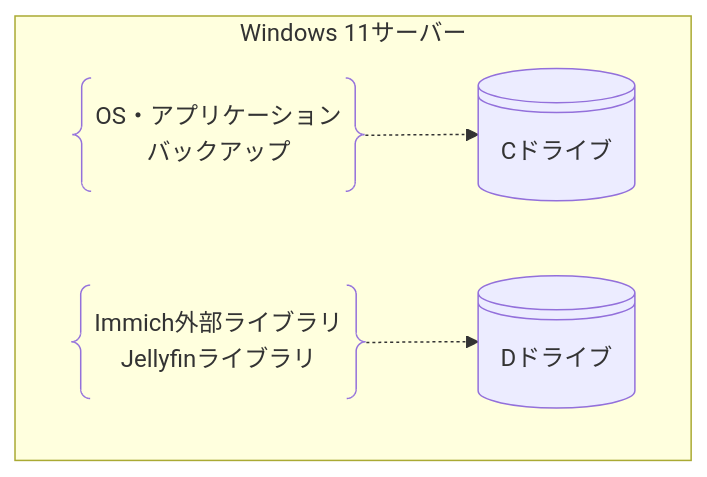
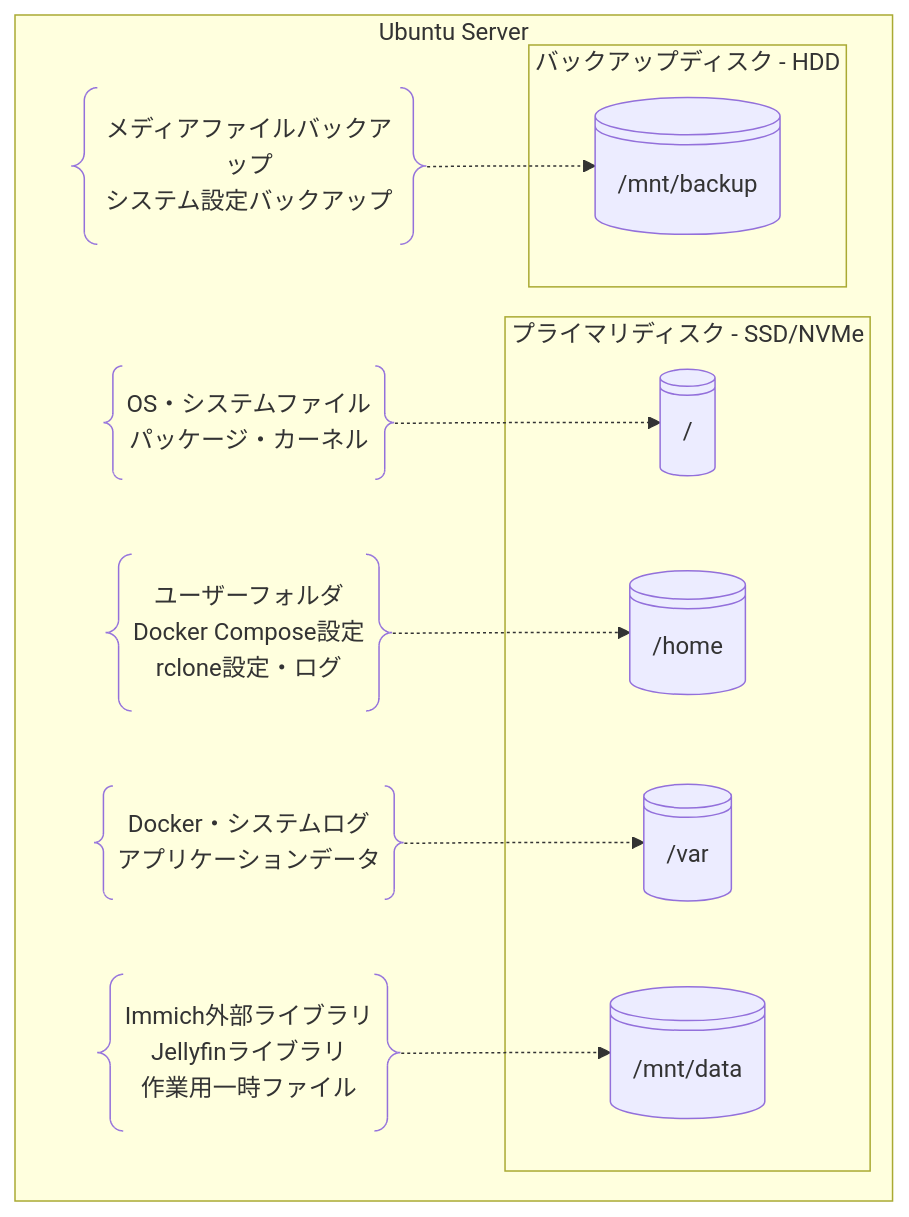
The second of 2 diagrams in README.md (nuitsjp/ManageMediaServer), drawn with Mermaid before and after one commit. The commit also changed other lines of this file, not shown here.

````diff
--- a/README.md
+++ b/README.md
@@ -83,13 +115,27 @@
 ```mermaid
 flowchart TD
-    subgraph Windows11[Windows 11サーバー]
-        C@{ shape: lin-cyl, label: "Cドライブ" }
-        D@{ shape: lin-cyl, label: "Dドライブ" }
+    subgraph LinuxServer[Ubuntu Server]
+        subgraph PrimaryDisk[プライマリディスク - SSD/NVMe]
+            Root@{ shape: lin-cyl, label: "/" }
+            Home@{ shape: lin-cyl, label: "/home" }
+            Var@{ shape: lin-cyl, label: "/var" }
+            DataMount@{ shape: lin-cyl, label: "/mnt/data" }
+        end
+        
+        subgraph BackupDisk[バックアップディスク - HDD]
+            BackupMount@{ shape: lin-cyl, label: "/mnt/backup" }
+        end
 
-        C-note@{ shape: braces, label: "OS・アプリケーション\nバックアップ" }
-        D-note@{ shape: braces, label: "Immich外部ライブラリ\nJellyfinライブラリ" }
+        Root-note@{ shape: braces, label: "OS・システムファイル\nパッケージ・カーネル" }
+        Home-note@{ shape: braces, label: "ユーザーフォルダ\nDocker Compose設定\nrclone設定・ログ" }
+        Var-note@{ shape: braces, label: "Docker・システムログ\nアプリケーションデータ" }
+        Data-note@{ shape: braces, label: "Immich外部ライブラリ\nJellyfinライブラリ\n作業用一時ファイル" }
+        Backup-note@{ shape: braces, label: "メディアファイルバックアップ\nシステム設定バックアップ" }
 
-        C-note -.-> C
-        D-note -.-> D
+        Root-note -.-> Root
+        Home-note -.-> Home
+        Var-note -.-> Var
+        Data-note -.-> DataMount
+        Backup-note -.-> BackupMount
     end
 ```
````
